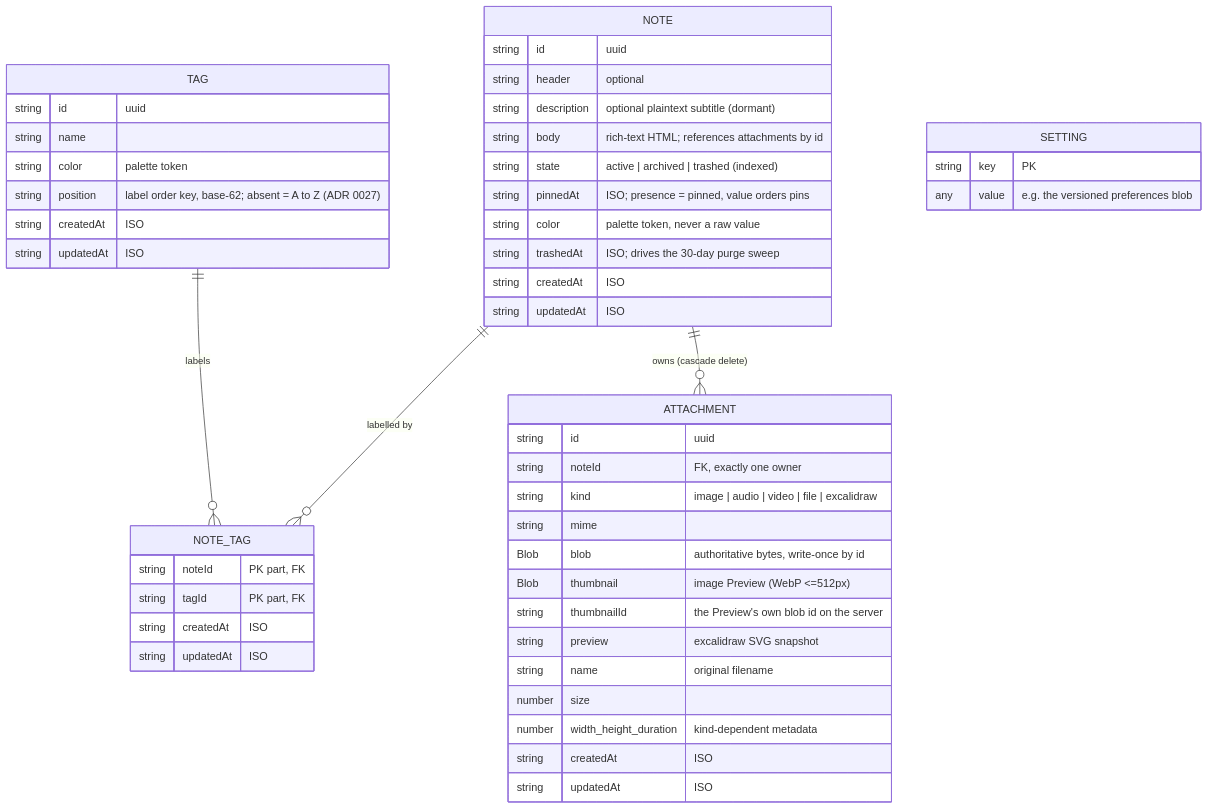
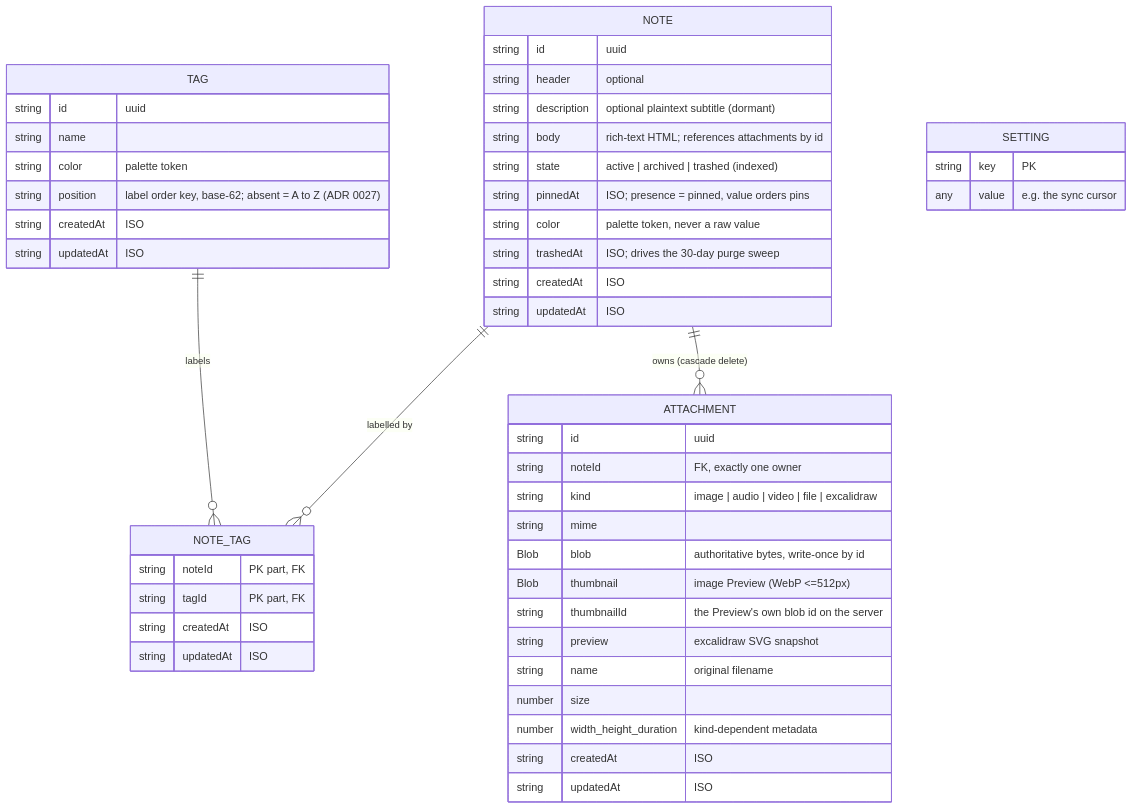
One commit to soukupj00/your-notes-fe changed the diagram in docs/architecture/03-database.md. Above: the diagram before and after it, drawn with Mermaid. The commit also changed 5 other files, not shown here.

````diff
--- a/docs/architecture/03-database.md
+++ b/docs/architecture/03-database.md
@@ -13,51 +13,51 @@
 ```mermaid
 erDiagram
     NOTE ||--o{ NOTE_TAG : "labelled by"
     TAG ||--o{ NOTE_TAG : "labels"
     NOTE ||--o{ ATTACHMENT : "owns (cascade delete)"
     NOTE {
         string id "uuid"
         string header "optional"
         string description "optional plaintext subtitle (dormant)"
         string body "rich-text HTML; references attachments by id"
         string state "active | archived | trashed (indexed)"
         string pinnedAt "ISO; presence = pinned, value orders pins"
         string color "palette token, never a raw value"
         string trashedAt "ISO; drives the 30-day purge sweep"
         string createdAt "ISO"
         string updatedAt "ISO"
     }
     TAG {
         string id "uuid"
         string name
         string color "palette token"
         string position "label order key, base-62; absent = A to Z (ADR 0027)"
         string createdAt "ISO"
         string updatedAt "ISO"
     }
     NOTE_TAG {
         string noteId "PK part, FK"
         string tagId "PK part, FK"
         string createdAt "ISO"
         string updatedAt "ISO"
     }
     ATTACHMENT {
         string id "uuid"
         string noteId "FK, exactly one owner"
         string kind "image | audio | video | file | excalidraw"
         string mime
         Blob blob "authoritative bytes, write-once by id"
         Blob thumbnail "image Preview (WebP <=512px)"
         string thumbnailId "the Preview's own blob id on the server"
         string preview "excalidraw SVG snapshot"
         string name "original filename"
         number size
         number width_height_duration "kind-dependent metadata"
         string createdAt "ISO"
         string updatedAt "ISO"
     }
     SETTING {
         string key "PK"
-        any value "e.g. the versioned preferences blob"
+        any value "e.g. the sync cursor"
     }
 ```
````
